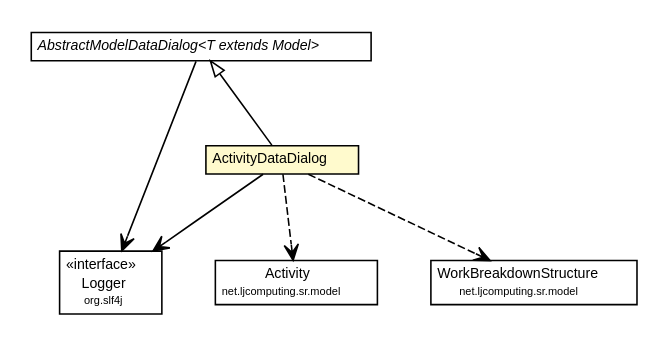
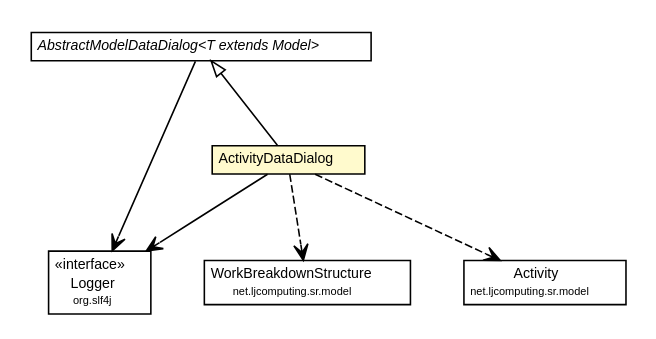
Before and after one commit to willmorejg/net.ljcomputing.sr2: the diagram in net.ljcomputing.status-reporter-2/docs/javadoc/apidocs/net/ljcomputing/sr/fx/dialog/impl/ActivityDataDialog.dot, drawn with Graphviz. The commit also changed 300 other files, not shown here.

```diff
--- a/net.ljcomputing.status-reporter-2/docs/javadoc/apidocs/net/ljcomputing/sr/fx/dialog/impl/ActivityDataDialog.dot
+++ b/net.ljcomputing.status-reporter-2/docs/javadoc/apidocs/net/ljcomputing/sr/fx/dialog/impl/ActivityDataDialog.dot
@@ -1,56 +1,56 @@
 #!/usr/local/bin/dot
 #
 # Class diagram 
 # Generated by UMLGraph version R5_6 (http://www.umlgraph.org/)
 #
 
 digraph G {
 	edge [fontname="Helvetica",fontsize=10,labelfontname="Helvetica",labelfontsize=10];
 	node [fontname="Helvetica",fontsize=10,shape=plaintext];
 	nodesep=0.25;
 	ranksep=0.5;
 	// net.ljcomputing.sr.fx.dialog.impl.ActivityDataDialog
-	c536 [label=<<table title="net.ljcomputing.sr.fx.dialog.impl.ActivityDataDialog" border="0" cellborder="1" cellspacing="0" cellpadding="2" port="p" bgcolor="lemonChiffon" href="./ActivityDataDialog.html">
+	c655 [label=<<table title="net.ljcomputing.sr.fx.dialog.impl.ActivityDataDialog" border="0" cellborder="1" cellspacing="0" cellpadding="2" port="p" bgcolor="lemonChiffon" href="./ActivityDataDialog.html">
 		<tr><td><table border="0" cellspacing="0" cellpadding="1">
 <tr><td align="center" balign="center"> ActivityDataDialog </td></tr>
 		</table></td></tr>
 		</table>>, URL="./ActivityDataDialog.html", fontname="Helvetica", fontcolor="black", fontsize=9.0];
 	// net.ljcomputing.sr.fx.dialog.impl.AbstractModelDataDialog<T extends net.ljcomputing.model.Model>
-	c537 [label=<<table title="net.ljcomputing.sr.fx.dialog.impl.AbstractModelDataDialog" border="0" cellborder="1" cellspacing="0" cellpadding="2" port="p" href="./AbstractModelDataDialog.html">
+	c657 [label=<<table title="net.ljcomputing.sr.fx.dialog.impl.AbstractModelDataDialog" border="0" cellborder="1" cellspacing="0" cellpadding="2" port="p" href="./AbstractModelDataDialog.html">
 		<tr><td><table border="0" cellspacing="0" cellpadding="1">
 <tr><td align="center" balign="center"><font face="Helvetica-Oblique"> AbstractModelDataDialog&lt;T extends Model&gt; </font></td></tr>
 		</table></td></tr>
 		</table>>, URL="./AbstractModelDataDialog.html", fontname="Helvetica", fontcolor="black", fontsize=9.0];
 	//net.ljcomputing.sr.fx.dialog.impl.ActivityDataDialog extends net.ljcomputing.sr.fx.dialog.impl.AbstractModelDataDialog<net.ljcomputing.sr.model.Activity>
-	c537:p -> c536:p [dir=back,arrowtail=empty];
+	c657:p -> c655:p [dir=back,arrowtail=empty];
 	// net.ljcomputing.sr.fx.dialog.impl.ActivityDataDialog NAVASSOC org.slf4j.Logger
-	c536:p -> c557:p [taillabel="", label="", headlabel="", fontname="Helvetica", fontcolor="black", fontsize=10.0, color="black", arrowhead=open];
+	c655:p -> c679:p [taillabel="", label="", headlabel="", fontname="Helvetica", fontcolor="black", fontsize=10.0, color="black", arrowhead=open];
 	// net.ljcomputing.sr.fx.dialog.impl.AbstractModelDataDialog<T extends net.ljcomputing.model.Model> NAVASSOC org.slf4j.Logger
-	c537:p -> c557:p [taillabel="", label="", headlabel="", fontname="Helvetica", fontcolor="black", fontsize=10.0, color="black", arrowhead=open];
+	c657:p -> c679:p [taillabel="", label="", headlabel="", fontname="Helvetica", fontcolor="black", fontsize=10.0, color="black", arrowhead=open];
+	// net.ljcomputing.sr.fx.dialog.impl.ActivityDataDialog DEPEND net.ljcomputing.sr.model.WorkBreakdownStructure
+	c655:p -> c680:p [taillabel="", label="", headlabel="", fontname="Helvetica", fontcolor="black", fontsize=10.0, color="black", arrowhead=open, style=dashed];
 	// net.ljcomputing.sr.fx.dialog.impl.ActivityDataDialog DEPEND net.ljcomputing.sr.model.Activity
-	c536:p -> c558:p [taillabel="", label="", headlabel="", fontname="Helvetica", fontcolor="black", fontsize=10.0, color="black", arrowhead=open, style=dashed];
-	// net.ljcomputing.sr.fx.dialog.impl.ActivityDataDialog DEPEND net.ljcomputing.sr.model.WorkBreakdownStructure
-	c536:p -> c559:p [taillabel="", label="", headlabel="", fontname="Helvetica", fontcolor="black", fontsize=10.0, color="black", arrowhead=open, style=dashed];
+	c655:p -> c681:p [taillabel="", label="", headlabel="", fontname="Helvetica", fontcolor="black", fontsize=10.0, color="black", arrowhead=open, style=dashed];
 	// net.ljcomputing.sr.model.WorkBreakdownStructure
-	c559 [label=<<table title="net.ljcomputing.sr.model.WorkBreakdownStructure" border="0" cellborder="1" cellspacing="0" cellpadding="2" port="p">
+	c680 [label=<<table title="net.ljcomputing.sr.model.WorkBreakdownStructure" border="0" cellborder="1" cellspacing="0" cellpadding="2" port="p">
 		<tr><td><table border="0" cellspacing="0" cellpadding="1">
 <tr><td align="center" balign="center"> WorkBreakdownStructure </td></tr>
 <tr><td align="center" balign="center"><font point-size="7.0"> net.ljcomputing.sr.model </font></td></tr>
 		</table></td></tr>
 		</table>>, URL="null", fontname="Helvetica", fontcolor="black", fontsize=9.0];
 	// org.slf4j.Logger
-	c557 [label=<<table title="org.slf4j.Logger" border="0" cellborder="1" cellspacing="0" cellpadding="2" port="p" href="http://www.slf4j.org/apidocs/org/slf4j/Logger.html">
+	c679 [label=<<table title="org.slf4j.Logger" border="0" cellborder="1" cellspacing="0" cellpadding="2" port="p" href="http://www.slf4j.org/apidocs/org/slf4j/Logger.html">
 		<tr><td><table border="0" cellspacing="0" cellpadding="1">
 <tr><td align="center" balign="center"> &#171;interface&#187; </td></tr>
 <tr><td align="center" balign="center"> Logger </td></tr>
 <tr><td align="center" balign="center"><font point-size="7.0"> org.slf4j </font></td></tr>
 		</table></td></tr>
 		</table>>, URL="http://www.slf4j.org/apidocs/org/slf4j/Logger.html", fontname="Helvetica", fontcolor="black", fontsize=9.0];
 	// net.ljcomputing.sr.model.Activity
-	c558 [label=<<table title="net.ljcomputing.sr.model.Activity" border="0" cellborder="1" cellspacing="0" cellpadding="2" port="p">
+	c681 [label=<<table title="net.ljcomputing.sr.model.Activity" border="0" cellborder="1" cellspacing="0" cellpadding="2" port="p">
 		<tr><td><table border="0" cellspacing="0" cellpadding="1">
 <tr><td align="center" balign="center"> Activity </td></tr>
 <tr><td align="center" balign="center"><font point-size="7.0"> net.ljcomputing.sr.model </font></td></tr>
 		</table></td></tr>
 		</table>>, URL="null", fontname="Helvetica", fontcolor="black", fontsize=9.0];
 }
```
